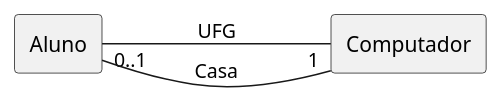
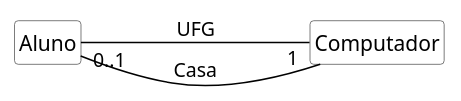
One commit to kyriosdata/oo changed the diagram in imagens/modelos-07/mod07ima18/mod07ima18.plantuml. Above: the diagram before and after it, drawn with PlantUML. The commit also changed 10 other files, not shown here.

```diff
--- a/imagens/modelos-07/mod07ima18/mod07ima18.plantuml
+++ b/imagens/modelos-07/mod07ima18/mod07ima18.plantuml
@@ -1,7 +1,17 @@
 @startuml mod07ima18
-rectangle "Aluno" as al
-rectangle "Computador" as co
+hide circle
+hide methods
+hide empty members
+
+skinparam class {
+    BackgroundColor White
+    ArrowColor Black
+    BorderColor #505050
+}
+
+class "Aluno" as al
+class "Computador" as co
 left to right direction
 al "0..1"---"1" co : UFG
 al --- co : Casa
 @enduml
```
